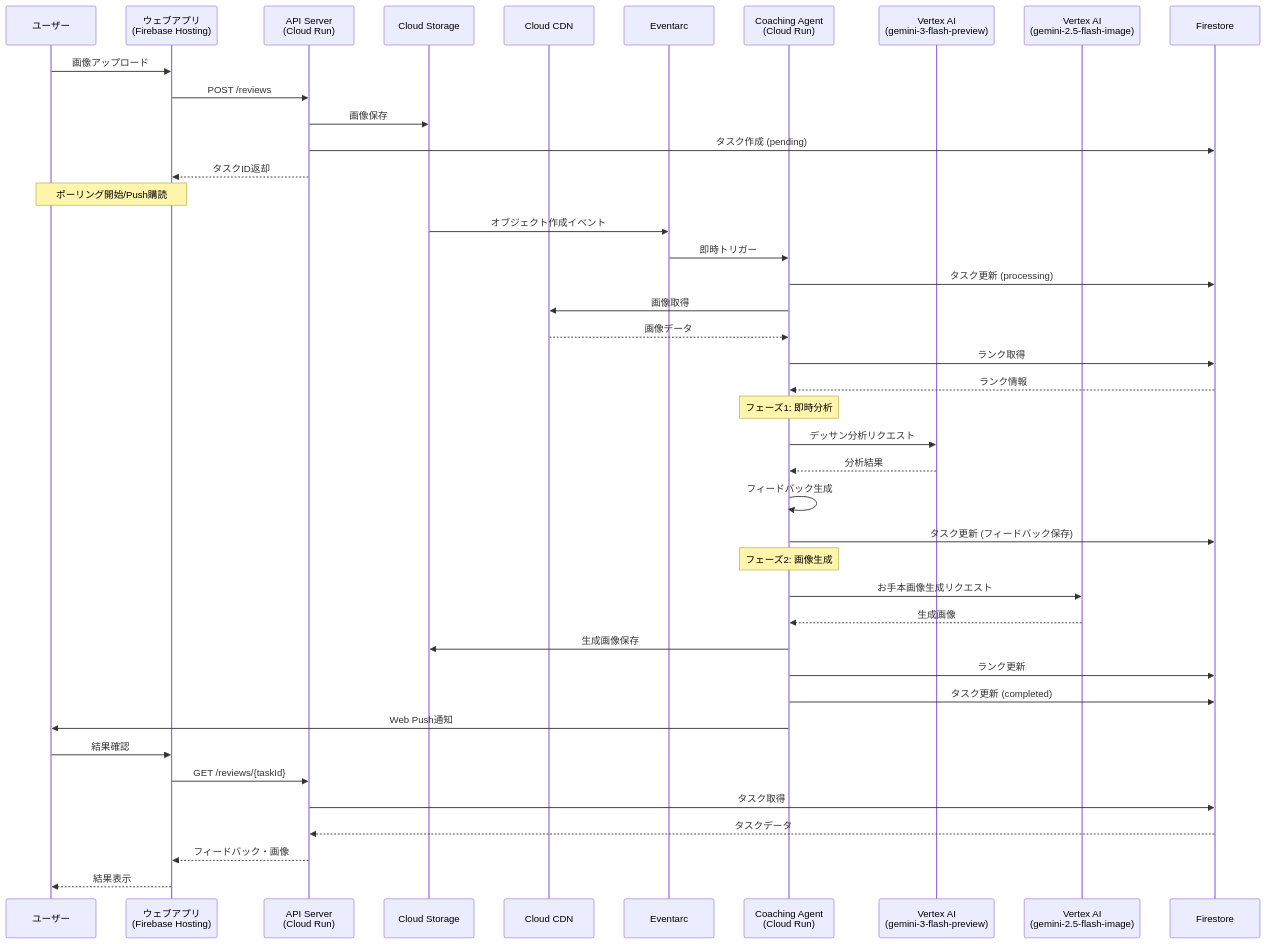
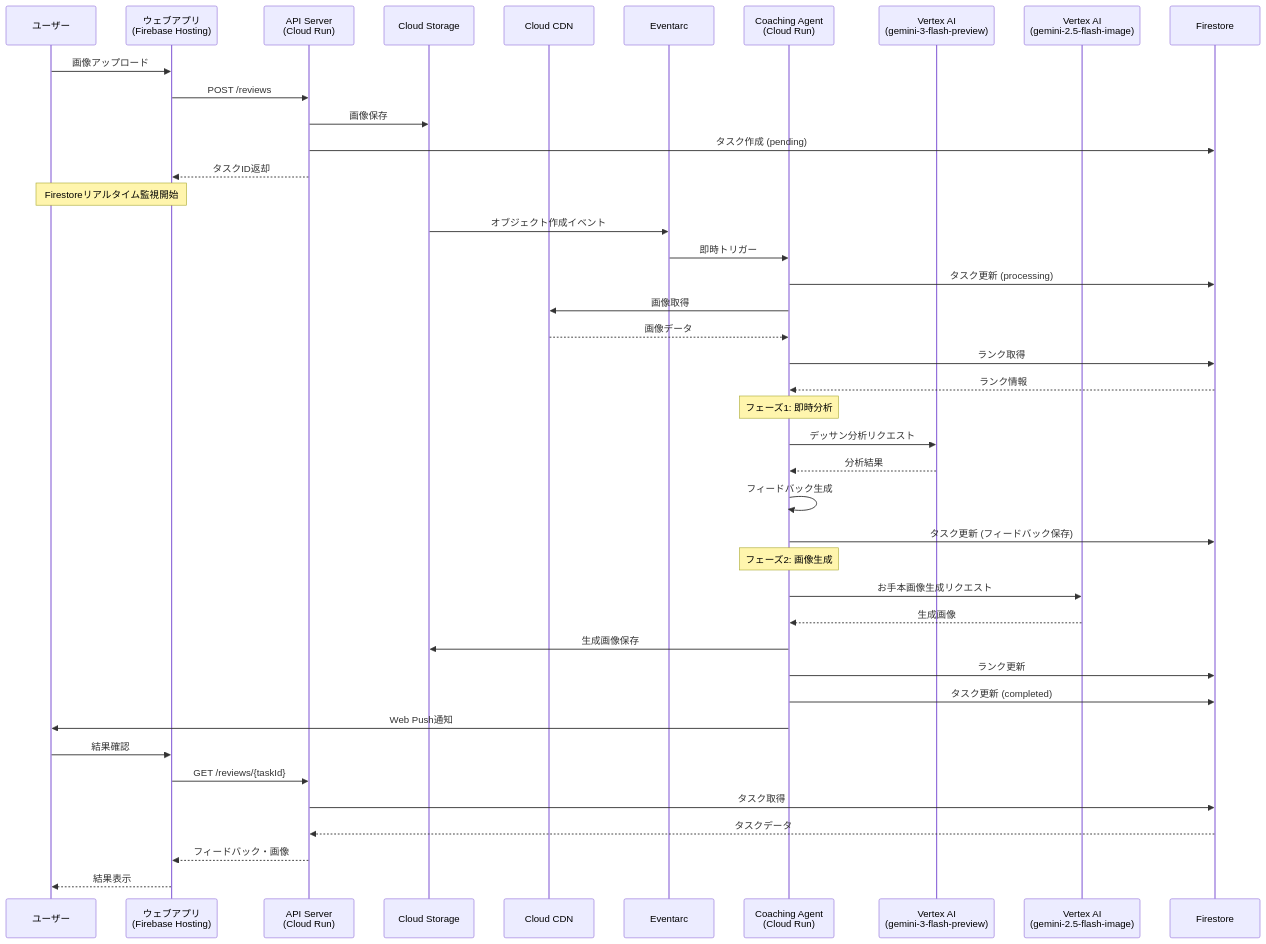
One commit to nuance-sudo/drawing-practice-agent-gch4 changed the second of 6 diagrams in docs/functional-design.md. Above: the diagram before and after it, drawn with Mermaid. The commit also changed other lines of this file and 17 other files, not shown here.

````diff
--- a/docs/functional-design.md
+++ b/docs/functional-design.md
@@ -79,50 +79,50 @@
 ```mermaid
 sequenceDiagram
     participant User as ユーザー
     participant Web as ウェブアプリ<br/>(Firebase Hosting)
     participant API as API Server<br/>(Cloud Run)
     participant GCS as Cloud Storage
     participant CDN as Cloud CDN
     participant Eventarc as Eventarc
     participant Agent as Coaching Agent<br/>(Cloud Run)
     participant Gemini as Vertex AI<br/>(gemini-3-flash-preview)
     participant ImageGen as Vertex AI<br/>(gemini-2.5-flash-image)
     participant DB as Firestore
 
     User->>Web: 画像アップロード
     Web->>API: POST /reviews
     API->>GCS: 画像保存
     API->>DB: タスク作成 (pending)
     API-->>Web: タスクID返却
     
-    Note over User,Web: ポーリング開始/Push購読
+    Note over User,Web: Firestoreリアルタイム監視開始
     
     GCS->>Eventarc: オブジェクト作成イベント
     Eventarc->>Agent: 即時トリガー
     Agent->>DB: タスク更新 (processing)
     Agent->>CDN: 画像取得
     CDN-->>Agent: 画像データ
     Agent->>DB: ランク取得
     DB-->>Agent: ランク情報
     
     Note over Agent: フェーズ1: 即時分析
     Agent->>Gemini: デッサン分析リクエスト
     Gemini-->>Agent: 分析結果
     Agent->>Agent: フィードバック生成
     Agent->>DB: タスク更新 (フィードバック保存)
     
     Note over Agent: フェーズ2: 画像生成
     Agent->>ImageGen: お手本画像生成リクエスト
     ImageGen-->>Agent: 生成画像
     Agent->>GCS: 生成画像保存
     Agent->>DB: ランク更新
     Agent->>DB: タスク更新 (completed)
     Agent->>User: Web Push通知
 
     User->>Web: 結果確認
     Web->>API: GET /reviews/{taskId}
     API->>DB: タスク取得
     DB-->>API: タスクデータ
     API-->>Web: フィードバック・画像
     Web-->>User: 結果表示
 ```
````
